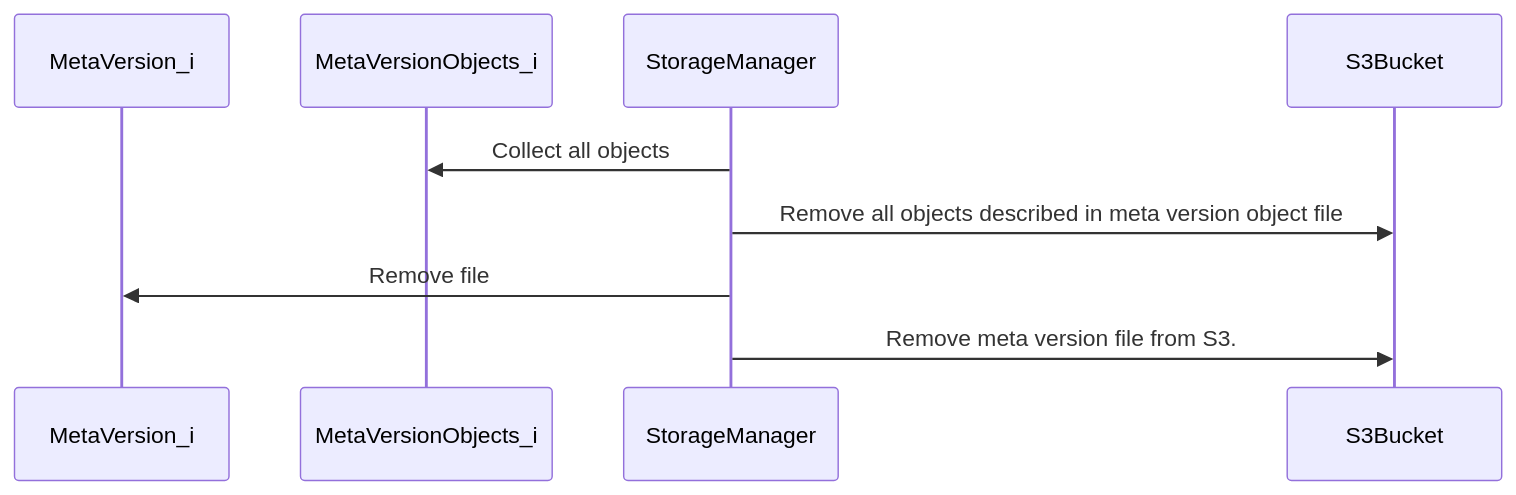
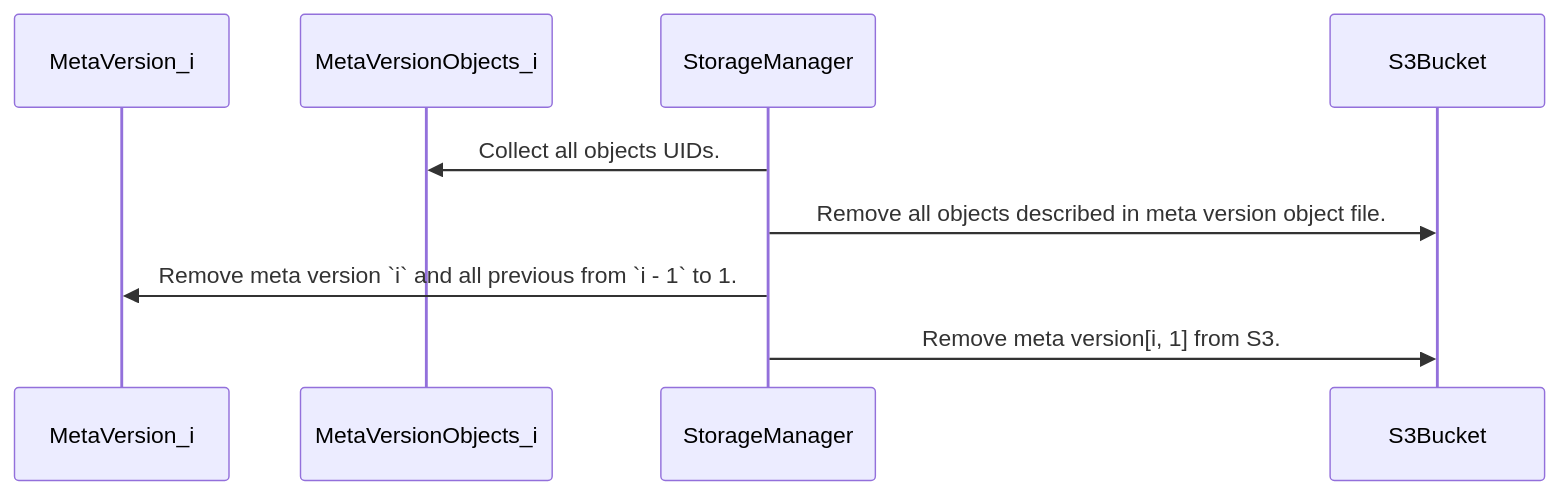
One commit to denis0x0D/mariadb-columnstore-engine changed the fourth of 4 diagrams in docs/StorageManagerMetaVersioning.md. Above: the diagram before and after it, drawn with Mermaid. The commit also changed other lines of this file, not shown here.

````diff
--- a/docs/StorageManagerMetaVersioning.md
+++ b/docs/StorageManagerMetaVersioning.md
@@ -48,11 +83,11 @@
 ```mermaid
 sequenceDiagram
     participant MetaVersion_i
     participant MetaVersionObjects_i
     participant StorageManager
     participant S3Bucket
-    StorageManager->>MetaVersionObjects_i: Collect all objects
-    StorageManager->>S3Bucket: Remove all objects described in meta version object file
-    StorageManager->>MetaVersion_i: Remove file
-    StorageManager->>S3Bucket: Remove meta version file from S3.
+    StorageManager->>MetaVersionObjects_i: Collect all objects UIDs.
+    StorageManager->>S3Bucket: Remove all objects described in meta version object file.
+    StorageManager->>MetaVersion_i: Remove meta version `i` and all previous from `i - 1` to 1.
+    StorageManager->>S3Bucket: Remove meta version[i, 1] from S3.
 ```
````
